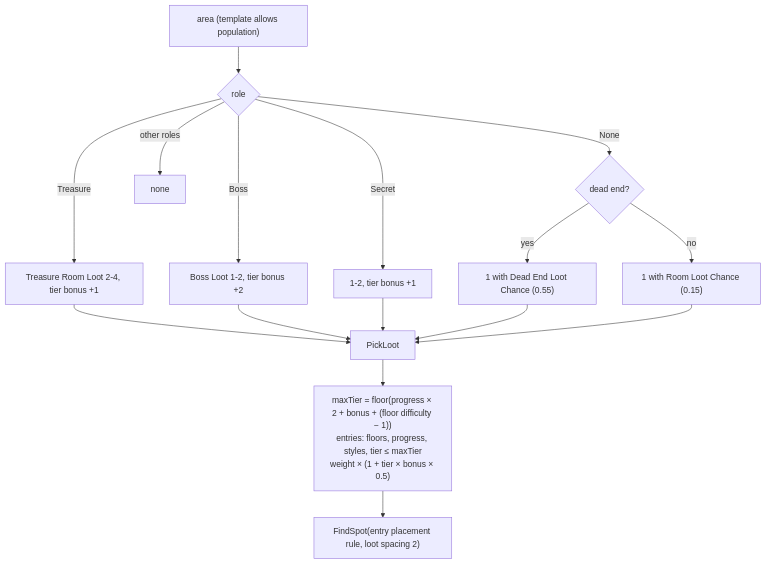
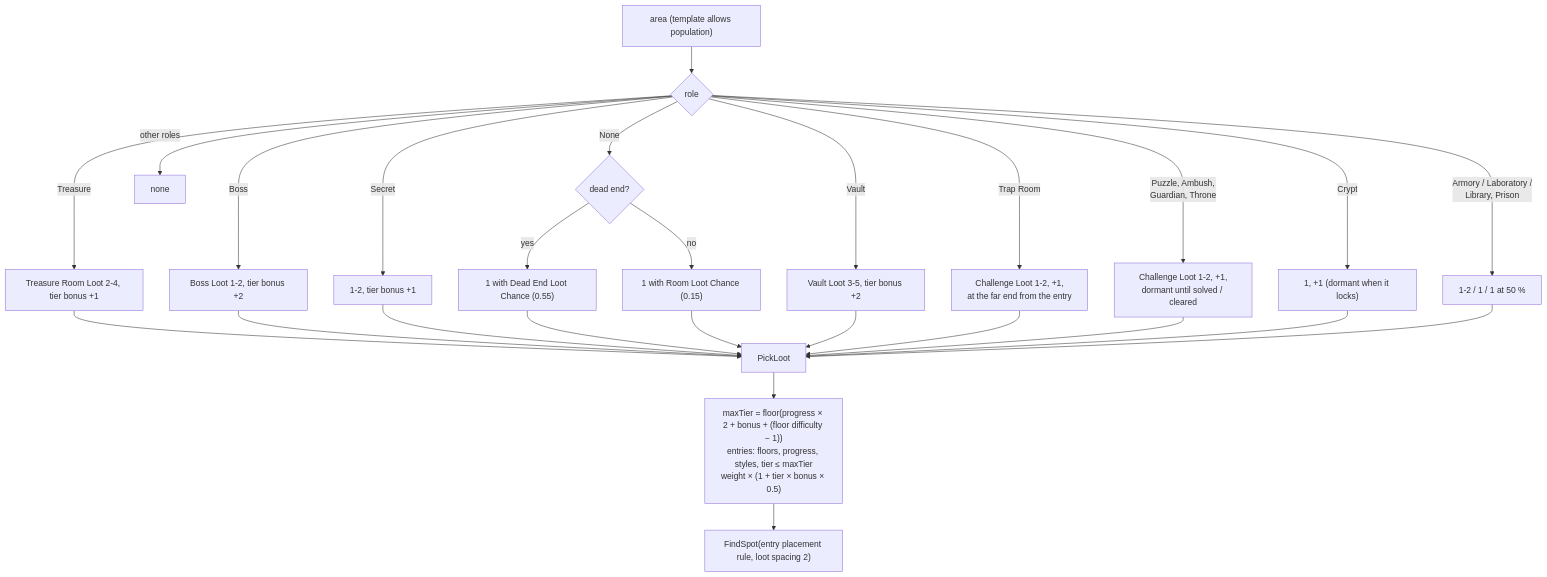
Before and after one commit to Kaynan-Jamelaumn/SimpleMovementsUnityPackage: the fifth of 6 diagrams in Documentation/Dungeon/08-Population.md, drawn with Mermaid. The commit also changed other lines of this file and 161 other files, not shown here.

````diff
--- a/Documentation/Dungeon/08-Population.md
+++ b/Documentation/Dungeon/08-Population.md
@@ -113,18 +129,28 @@
 ```mermaid
 flowchart TD
     A["area (template allows population)"] --> B{"role"}
     B -- Treasure --> T["Treasure Room Loot 2-4, tier bonus +1"]
     B -- Boss --> BO["Boss Loot 1-2, tier bonus +2"]
     B -- Secret --> S["1-2, tier bonus +1"]
+    B -- Vault --> V["Vault Loot 3-5, tier bonus +2"]
+    B -- "Trap Room" --> TR["Challenge Loot 1-2, +1,<br/>at the far end from the entry"]
+    B -- "Puzzle, Ambush,<br/>Guardian, Throne" --> CH["Challenge Loot 1-2, +1,<br/>dormant until solved / cleared"]
+    B -- "Crypt" --> CR["1, +1 (dormant when it locks)"]
+    B -- "Armory / Laboratory /<br/>Library, Prison" --> AR["1-2 / 1 / 1 at 50 %"]
     B -- None --> N{"dead end?"}
     N -- yes --> N1["1 with Dead End Loot Chance (0.55)"]
     N -- no --> N2["1 with Room Loot Chance (0.15)"]
     B -- "other roles" --> X["none"]
     T --> P["PickLoot"]
     BO --> P
     S --> P
     N1 --> P
     N2 --> P
+    V --> P
+    TR --> P
+    CH --> P
+    CR --> P
+    AR --> P
     P --> Q["maxTier = floor(progress × 2 + bonus + (floor difficulty − 1))<br/>entries: floors, progress, styles, tier ≤ maxTier<br/>weight × (1 + tier × bonus × 0.5)"]
     Q --> R["FindSpot(entry placement rule, loot spacing 2)"]
 ```
````
